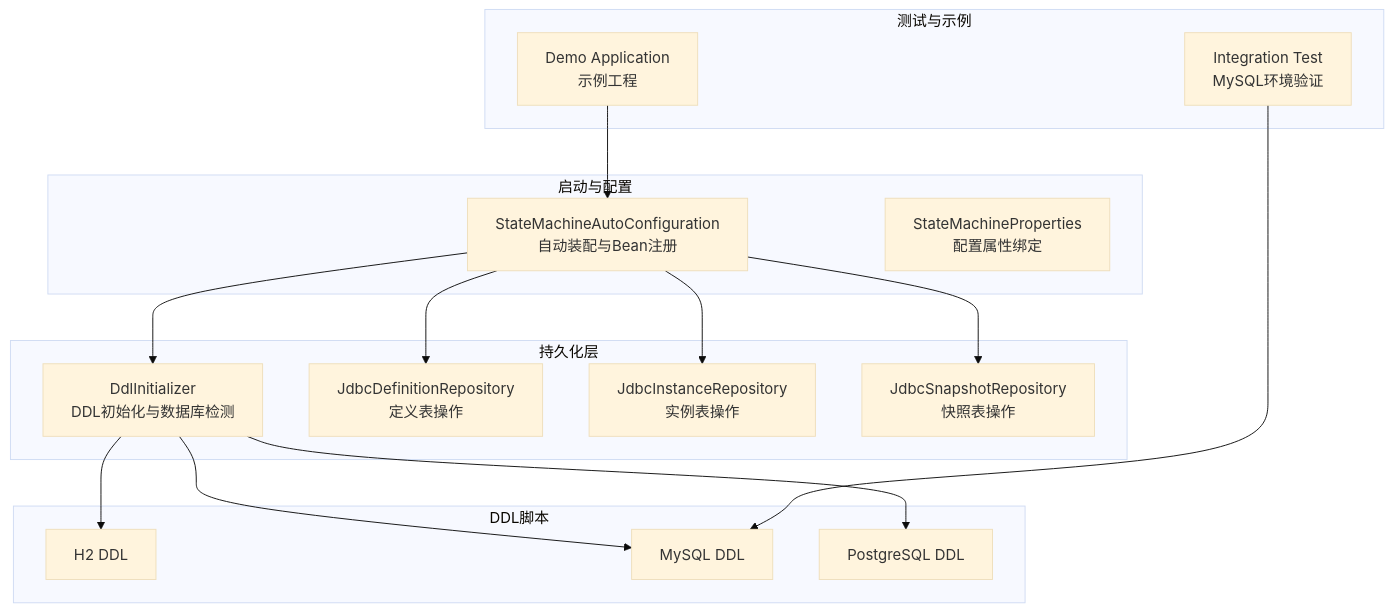
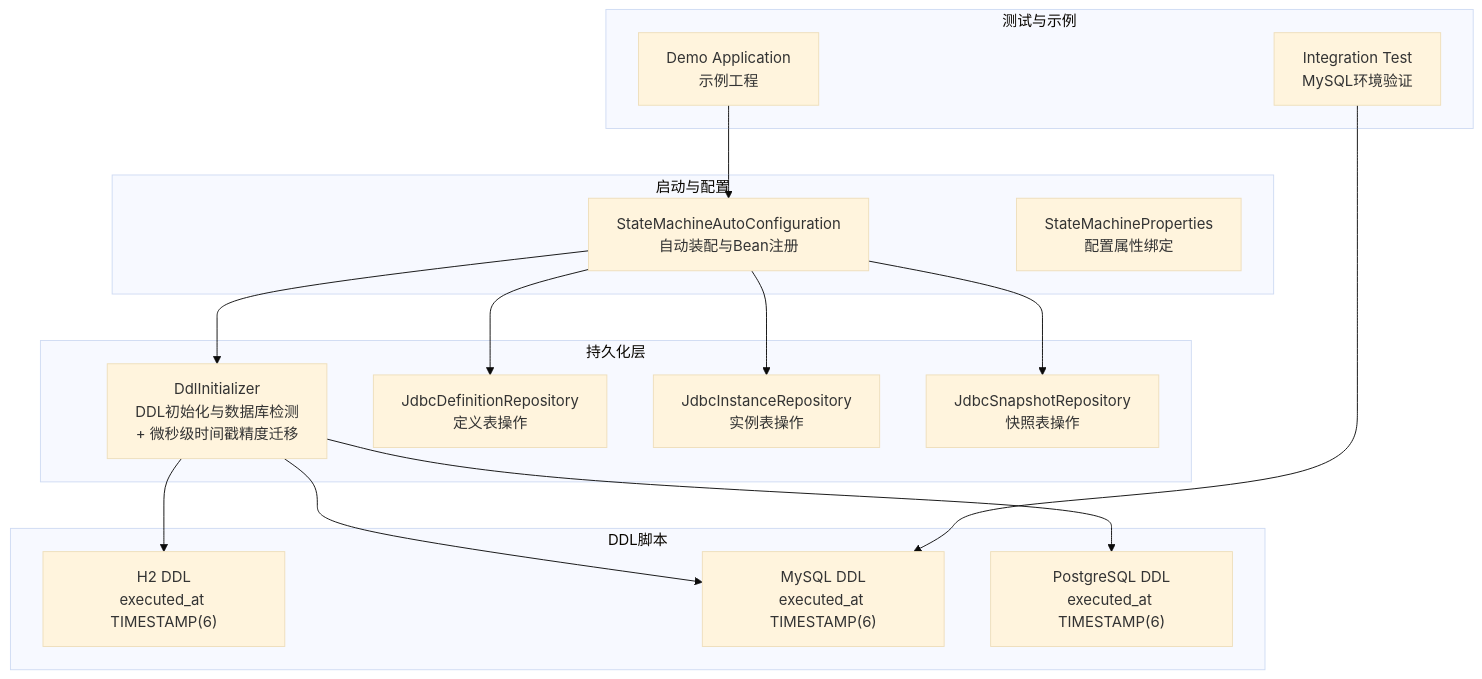
One commit to xiaoche80s-tech/state-machine-parent changed the first of 5 diagrams in .qoder/repowiki/zh/content/持久化层/多数据库支持.md. Above: the diagram before and after it, drawn with Mermaid (base theme). The commit also changed other lines of this file and 17 other files, not shown here.

````diff
--- a/.qoder/repowiki/zh/content/持久化层/多数据库支持.md
+++ b/.qoder/repowiki/zh/content/持久化层/多数据库支持.md
@@ -42,31 +44,31 @@
 ```mermaid
 graph TB
 subgraph "启动与配置"
 A["StateMachineAutoConfiguration<br/>自动装配与Bean注册"]
 B["StateMachineProperties<br/>配置属性绑定"]
 end
 subgraph "持久化层"
-C["DdlInitializer<br/>DDL初始化与数据库检测"]
+C["DdlInitializer<br/>DDL初始化与数据库检测<br/>+ 微秒级时间戳精度迁移"]
 D["JdbcDefinitionRepository<br/>定义表操作"]
 E["JdbcInstanceRepository<br/>实例表操作"]
 F["JdbcSnapshotRepository<br/>快照表操作"]
 end
 subgraph "DDL脚本"
-G["H2 DDL"]
-H["MySQL DDL"]
-I["PostgreSQL DDL"]
+G["H2 DDL<br/>executed_at TIMESTAMP(6)"]
+H["MySQL DDL<br/>executed_at TIMESTAMP(6)"]
+I["PostgreSQL DDL<br/>executed_at TIMESTAMP(6)"]
 end
 subgraph "测试与示例"
 J["Integration Test<br/>MySQL环境验证"]
 K["Demo Application<br/>示例工程"]
 end
 A --> C
 A --> D
 A --> E
 A --> F
 C --> G
 C --> H
 C --> I
 J --> H
 K --> A
 ```
````
